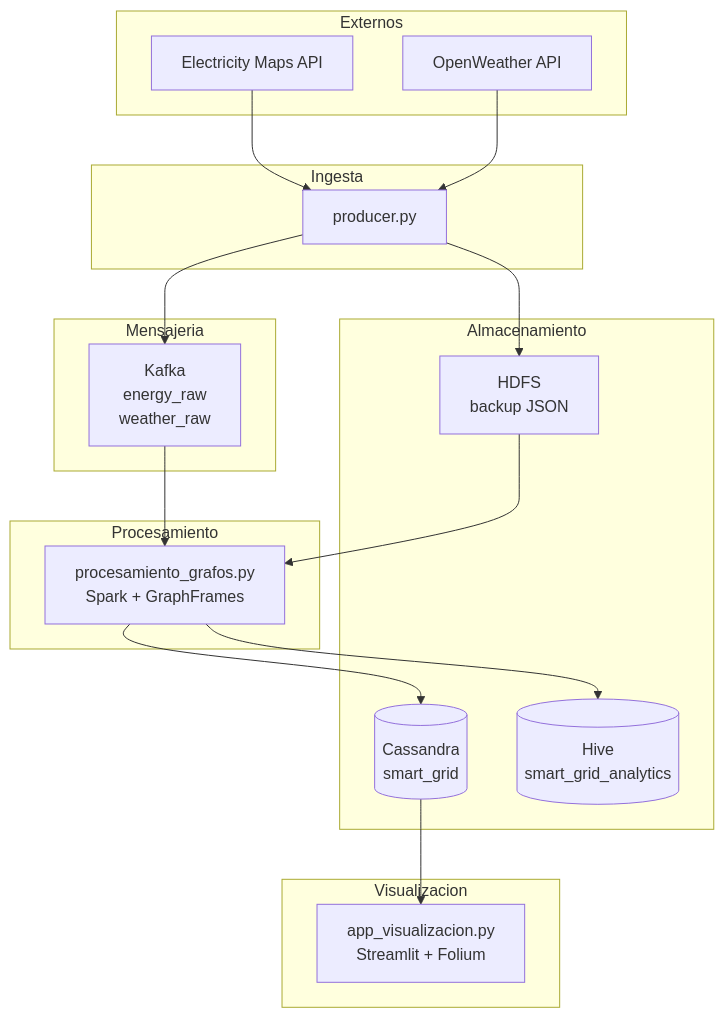
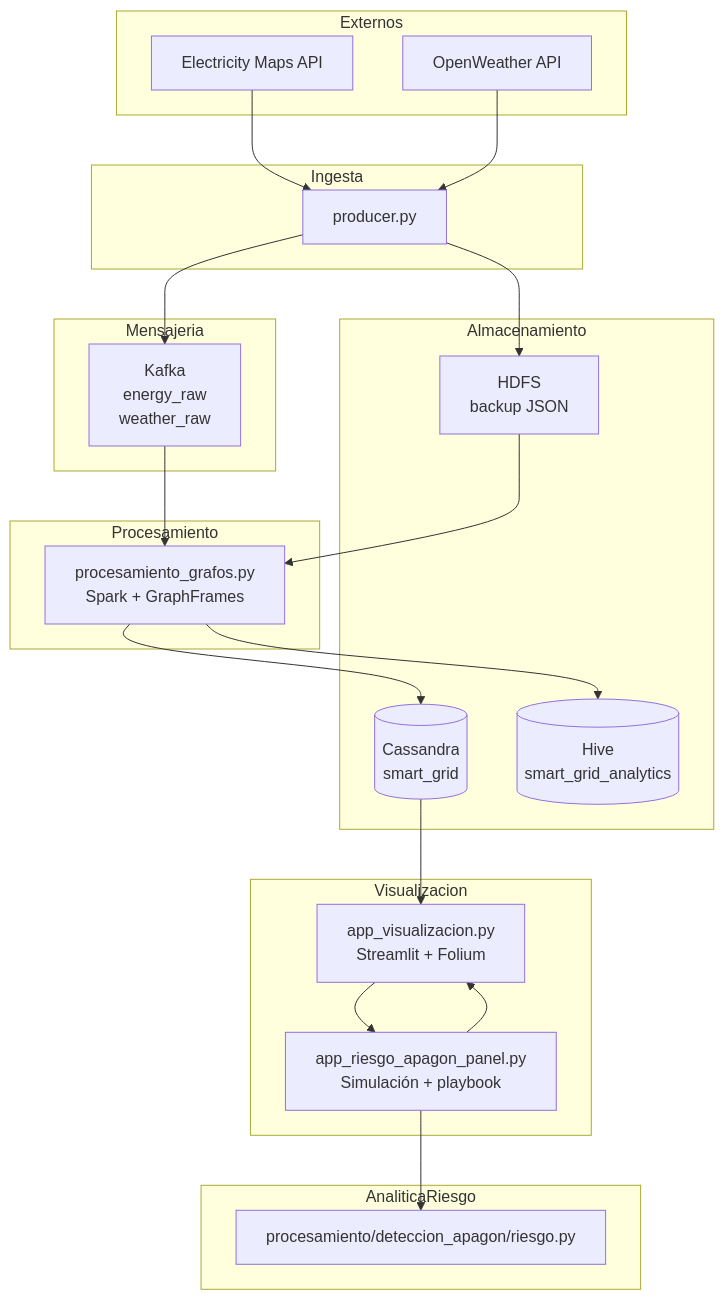
The fourth of 9 diagrams in docs/DIAGRAMAS_UML.md (gracobjo/smart_energy), drawn with Mermaid before and after one commit. The commit also changed other lines of this file, not shown here.

First line of the commit message:
docs: actualizar UML con flujo operativo de riesgo de apagón

````diff
--- a/docs/DIAGRAMAS_UML.md
+++ b/docs/DIAGRAMAS_UML.md
@@ -79,39 +106,47 @@
 ```mermaid
 flowchart TB
     subgraph Externos
         EM[Electricity Maps API]
         OW[OpenWeather API]
     end
 
     subgraph Ingesta
         PROD[producer.py]
     end
 
     subgraph Mensajeria
         KAFKA[Kafka<br/>energy_raw<br/>weather_raw]
     end
 
     subgraph Almacenamiento
         HDFS[HDFS<br/>backup JSON]
         CASS[(Cassandra<br/>smart_grid)]
         HIVE[(Hive<br/>smart_grid_analytics)]
     end
 
     subgraph Procesamiento
         SPARK[procesamiento_grafos.py<br/>Spark + GraphFrames]
     end
 
     subgraph Visualizacion
         APP[app_visualizacion.py<br/>Streamlit + Folium]
+        RISK[app_riesgo_apagon_panel.py<br/>Simulación + playbook]
+    end
+
+    subgraph AnaliticaRiesgo
+        RIESGO[procesamiento/deteccion_apagon/riesgo.py]
     end
 
     EM --> PROD
     OW --> PROD
     PROD --> KAFKA
     PROD --> HDFS
     KAFKA --> SPARK
     HDFS --> SPARK
     SPARK --> CASS
     SPARK --> HIVE
     CASS --> APP
+    APP --> RISK
+    RISK --> RIESGO
+    RISK --> APP
 ```
````
